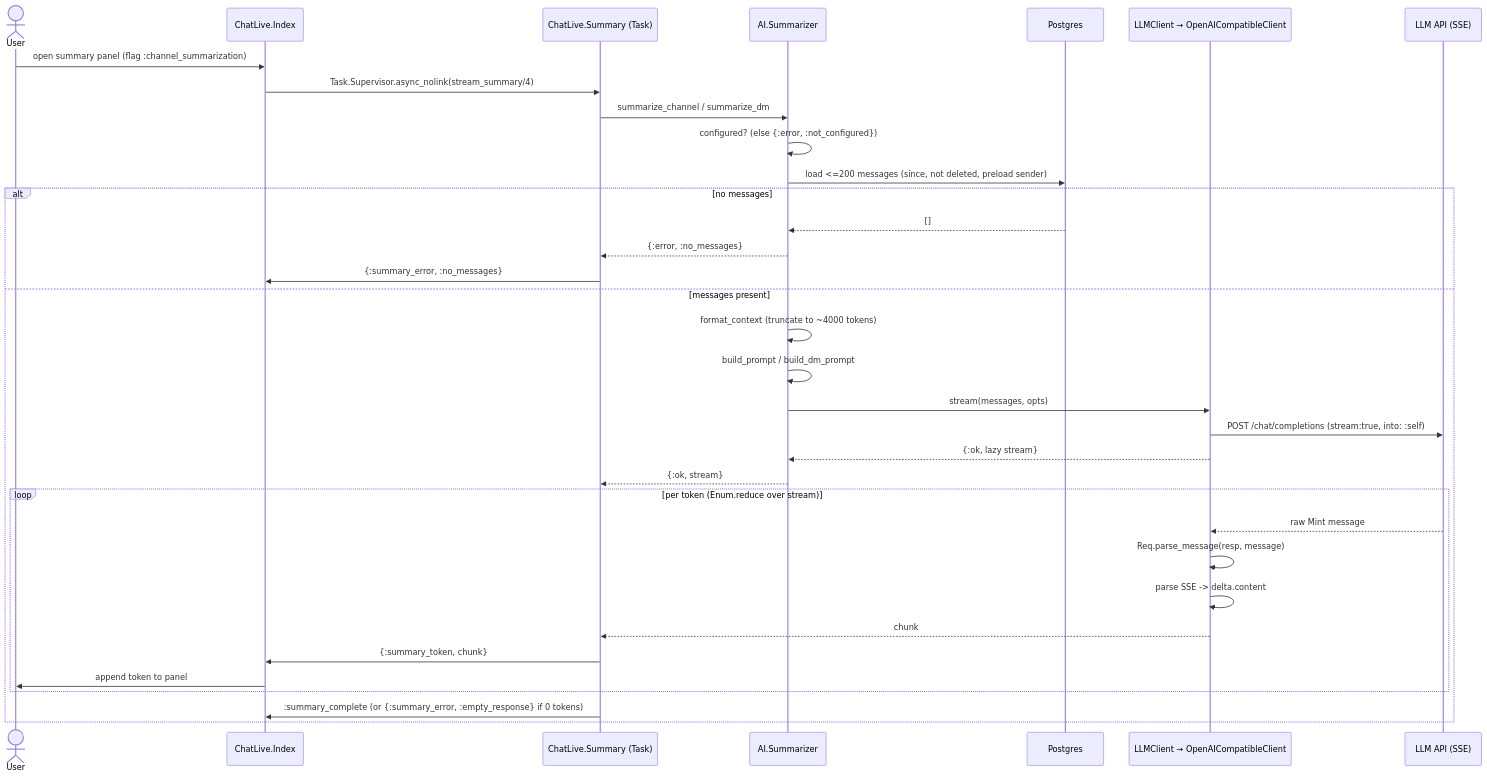
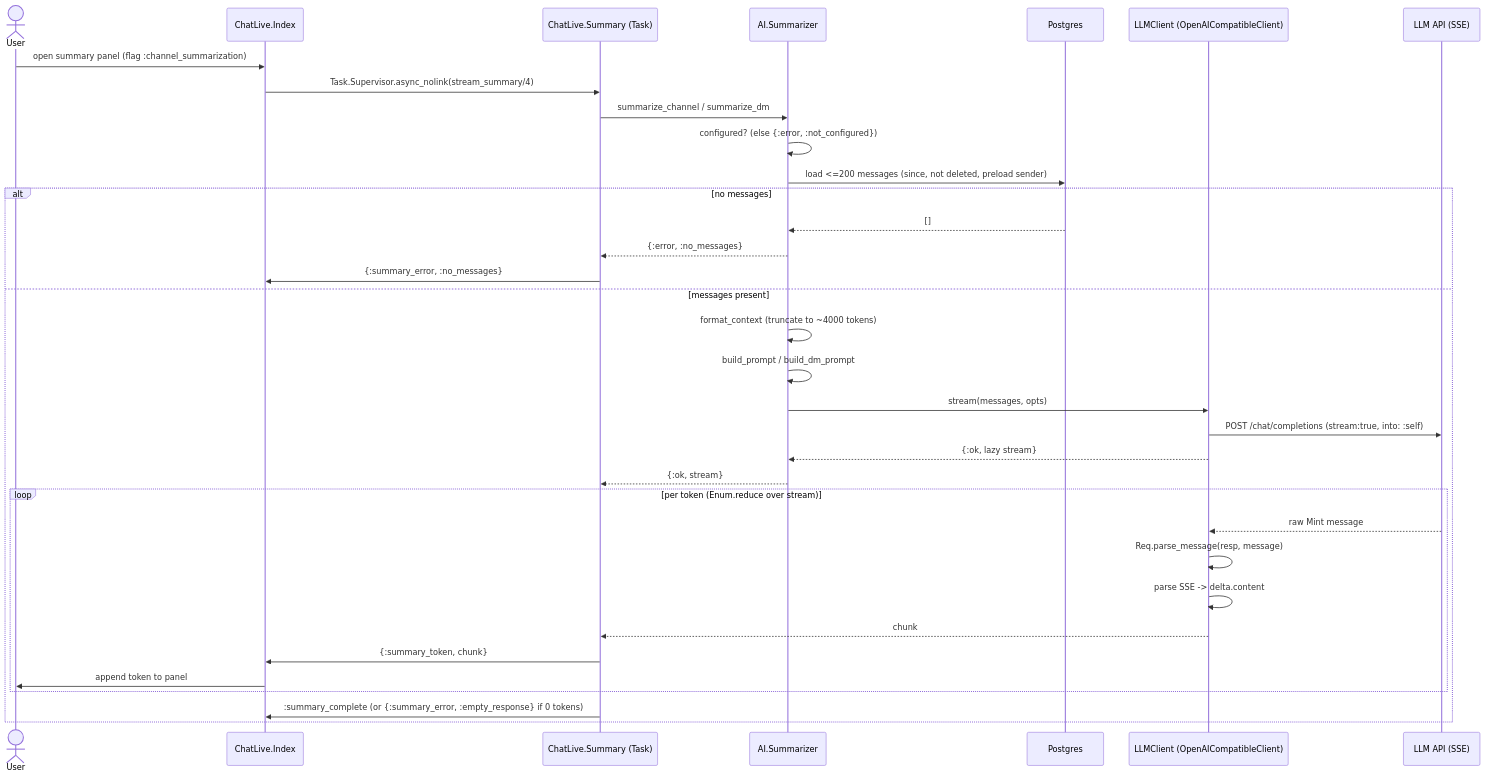
The third of 5 diagrams in docs/architecture/ai-summarization.md (d-j-will/slackex), drawn with Mermaid before and after one commit. The commit also changed other lines of this file and 6 other files, not shown here.

First line of the commit message:
docs(architecture): fix Mermaid parse errors (semicolons in sequence text)

````diff
--- a/docs/architecture/ai-summarization.md
+++ b/docs/architecture/ai-summarization.md
@@ -115,37 +115,37 @@
 ```mermaid
 sequenceDiagram
   actor User
   participant LV as ChatLive.Index
   participant Sum as ChatLive.Summary (Task)
   participant Szr as AI.Summarizer
   participant DB as Postgres
-  participant LC as LLMClient → OpenAICompatibleClient
+  participant LC as LLMClient (OpenAICompatibleClient)
   participant API as LLM API (SSE)
 
   User->>LV: open summary panel (flag :channel_summarization)
   LV->>Sum: Task.Supervisor.async_nolink(stream_summary/4)
   Sum->>Szr: summarize_channel / summarize_dm
   Szr->>Szr: configured? (else {:error, :not_configured})
   Szr->>DB: load <=200 messages (since, not deleted, preload sender)
   alt no messages
     DB-->>Szr: []
     Szr-->>Sum: {:error, :no_messages}
     Sum->>LV: {:summary_error, :no_messages}
   else messages present
     Szr->>Szr: format_context (truncate to ~4000 tokens)
     Szr->>Szr: build_prompt / build_dm_prompt
     Szr->>LC: stream(messages, opts)
     LC->>API: POST /chat/completions (stream:true, into: :self)
     LC-->>Szr: {:ok, lazy stream}
     Szr-->>Sum: {:ok, stream}
     loop per token (Enum.reduce over stream)
       API-->>LC: raw Mint message
       LC->>LC: Req.parse_message(resp, message)
       LC->>LC: parse SSE -> delta.content
       LC-->>Sum: chunk
       Sum->>LV: {:summary_token, chunk}
       LV->>User: append token to panel
     end
     Sum->>LV: :summary_complete (or {:summary_error, :empty_response} if 0 tokens)
   end
 ```
````
